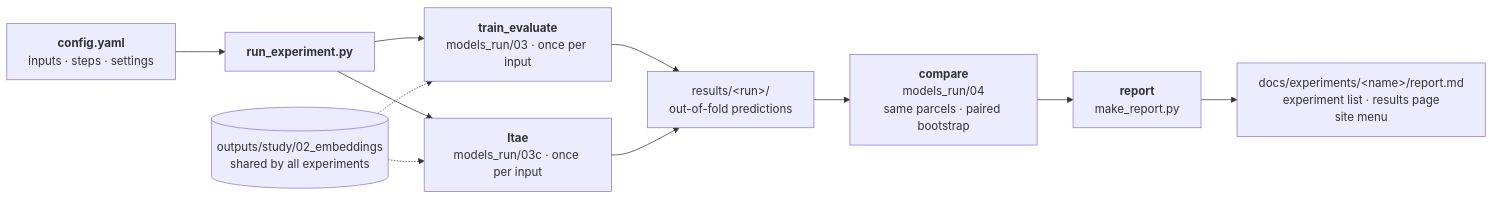
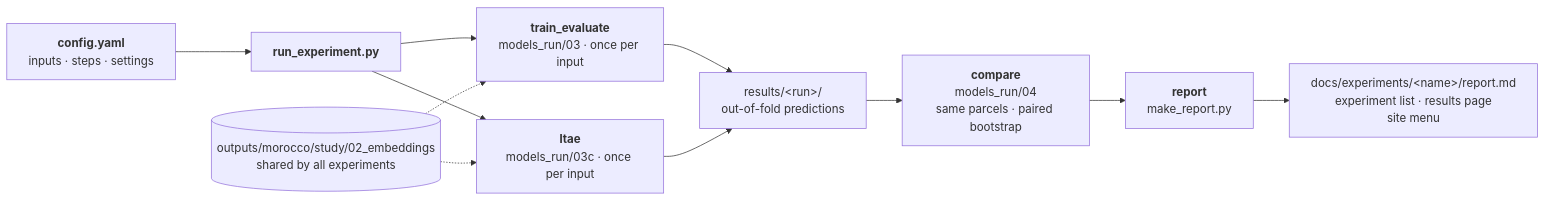
The first of 2 diagrams in docs/experiments/index.md (amanchry/irrimapping-geofm), drawn with Mermaid before and after one commit. The commit also changed other lines of this file and 60 other files, not shown here.

````diff
--- a/docs/experiments/index.md
+++ b/docs/experiments/index.md
@@ -50,13 +50,13 @@
 ```mermaid
 flowchart LR
     CFG["<b>config.yaml</b><br/>inputs · steps · settings"] --> RUN["<b>run_experiment.py</b>"]
     RUN --> S1["<b>train_evaluate</b><br/>models_run/03 · once per input"]
     RUN --> S2["<b>ltae</b><br/>models_run/03c · once per input"]
     S1 --> R["results/&lt;run&gt;/<br/>out-of-fold predictions"]
     S2 --> R
     R --> C["<b>compare</b><br/>models_run/04<br/>same parcels · paired bootstrap"]
     C --> REP["<b>report</b><br/>make_report.py"]
     REP --> MD["docs/experiments/&lt;name&gt;/report.md<br/>experiment list · results page<br/>site menu"]
-    EMB[("outputs/study/02_embeddings<br/>shared by all experiments")] -.-> S1
+    EMB[("outputs/morocco/study/02_embeddings<br/>shared by all experiments")] -.-> S1
     EMB -.-> S2
 ```
````
